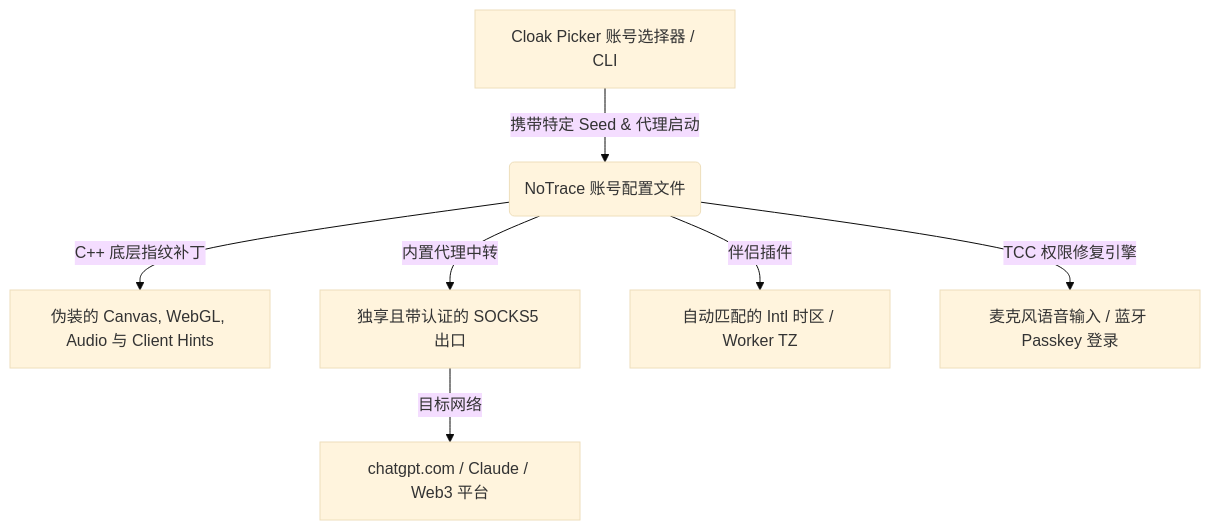
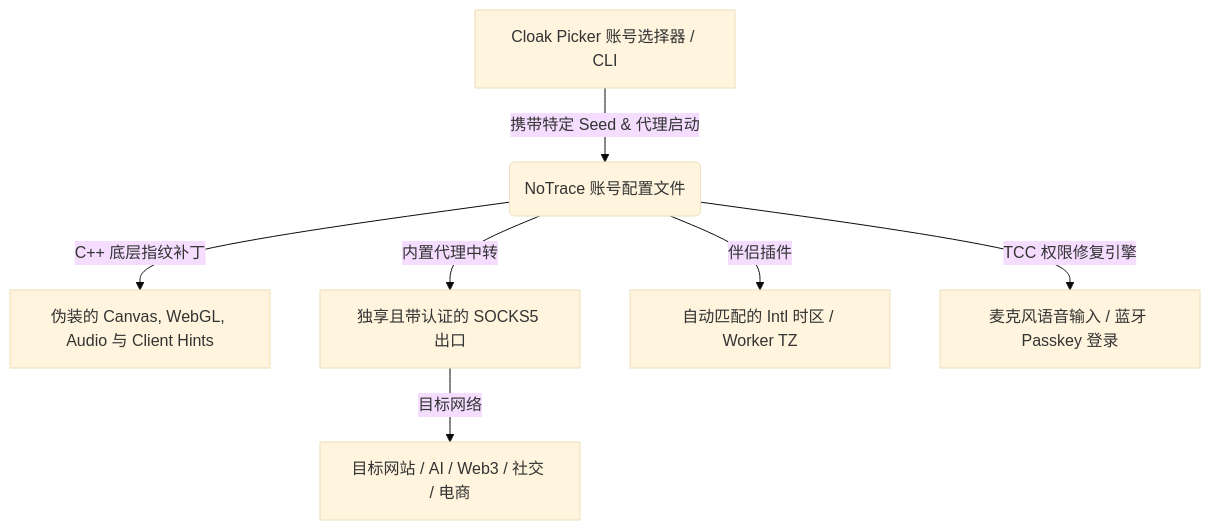
One commit to GravityPoet/notrace-browser changed the diagram in README.zh-CN.md. Above: the diagram before and after it, drawn with Mermaid (base theme). The commit also changed other lines of this file and 1 other file, not shown here.

Commit message:
docs: generalize README files to support any web service instead of just ChatGPT

````diff
--- a/README.zh-CN.md
+++ b/README.zh-CN.md
@@ -17,9 +17,9 @@
 ```mermaid
 graph TD
     A[Cloak Picker 账号选择器 / CLI] -->|携带特定 Seed & 代理启动| B(NoTrace 账号配置文件)
     B -->|C++ 底层指纹补丁| C[伪装的 Canvas, WebGL, Audio 与 Client Hints]
     B -->|内置代理中转| D[独享且带认证的 SOCKS5 出口]
     B -->|伴侣插件| E[自动匹配的 Intl 时区 / Worker TZ]
     B -->|TCC 权限修复引擎| F[麦克风语音输入 / 蓝牙 Passkey 登录]
-    D -->|目标网络| G[chatgpt.com / Claude / Web3 平台]
+    D -->|目标网络| G[目标网站 / AI / Web3 / 社交 / 电商]
 ```
````
